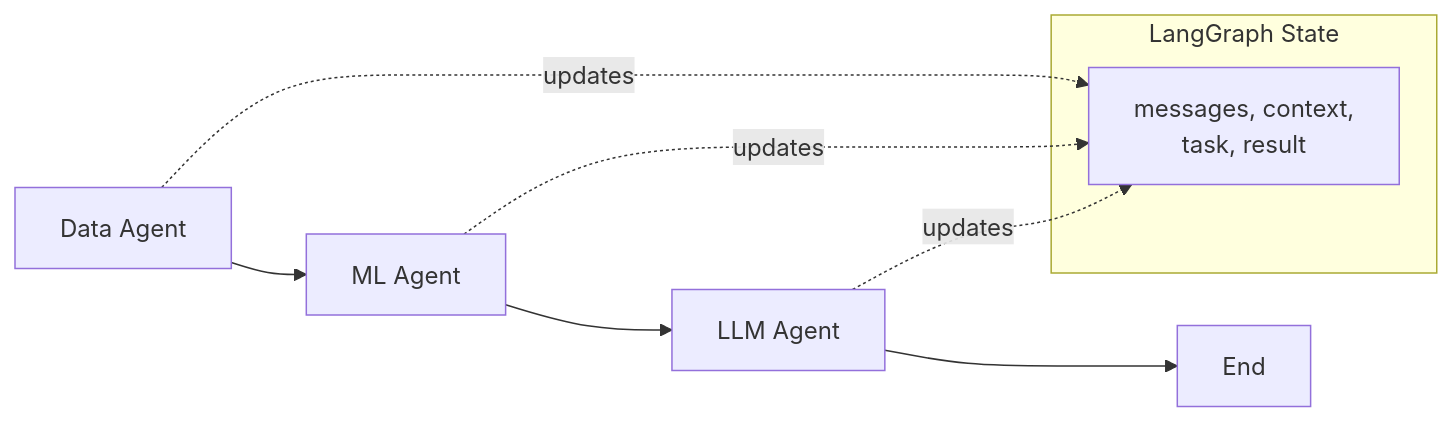
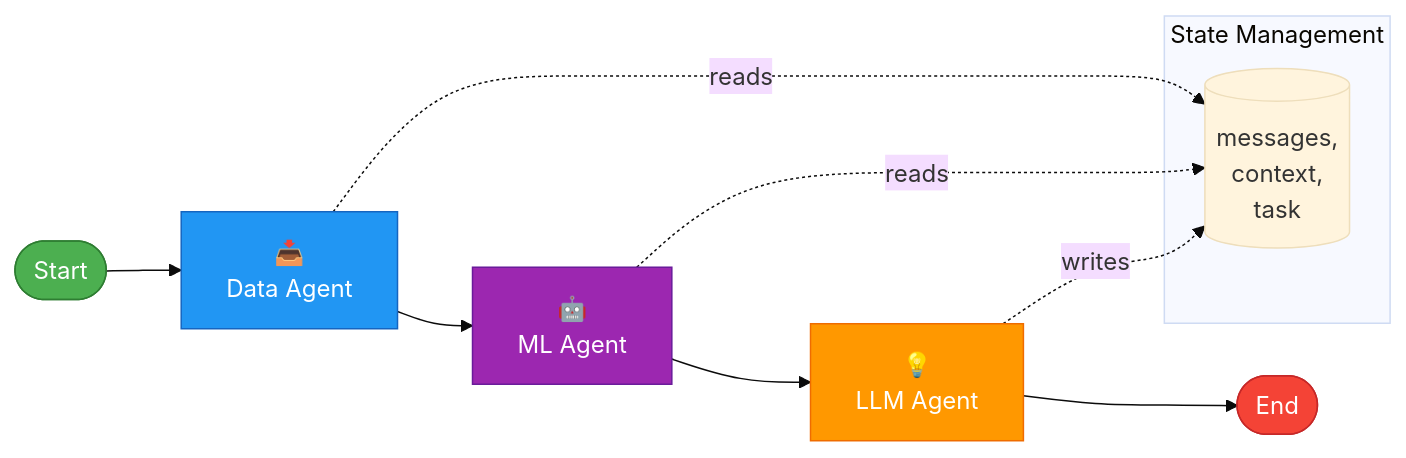
Before and after one commit to project-merlin-00/cysmic-fuel-forecasting: the second of 5 diagrams in docs/architecture.md, drawn with Mermaid. The commit also changed other lines of this file, not shown here.

Commit message:
Update architecture diagrams with styled Mermaid

````diff
--- a/docs/architecture.md
+++ b/docs/architecture.md
@@ -55,14 +56,22 @@
 ```mermaid
+%%{init: {'theme': 'base'}}%%
 flowchart LR
-    subgraph "LangGraph State"
-        State[messages, context,<br/>task, result]
+    Start([Start]) --> DataAgent[📥<br/>Data Agent]
+    DataAgent --> MLAgent[🤖<br/>ML Agent]
+    MLAgent --> LLMAgent[💡<br/>LLM Agent]
+    LLMAgent --> End([End])
+    
+    subgraph State["State Management"]
+        MS[(messages,<br/>context,<br/>task)]
     end
     
-    A[Data Agent] --> B[ML Agent]
-    B --> C[LLM Agent]
-    C --> D[End]
+    DataAgent -.->|reads| MS
+    MLAgent -.->|reads| MS
+    LLMAgent -.->|writes| MS
     
-    A -.->|updates| State
-    B -.->|updates| State
-    C -.->|updates| State
+    style Start fill:#4caf50,stroke:#2e7d32,color:#fff
+    style End fill:#f44336,stroke:#c62828,color:#fff
+    style DataAgent fill:#2196f3,stroke:#1565c0,color:#fff
+    style MLAgent fill:#9c27b0,stroke:#6a1b9a,color:#fff
+    style LLMAgent fill:#ff9800,stroke:#ef6c00,color:#fff
 ```
````
